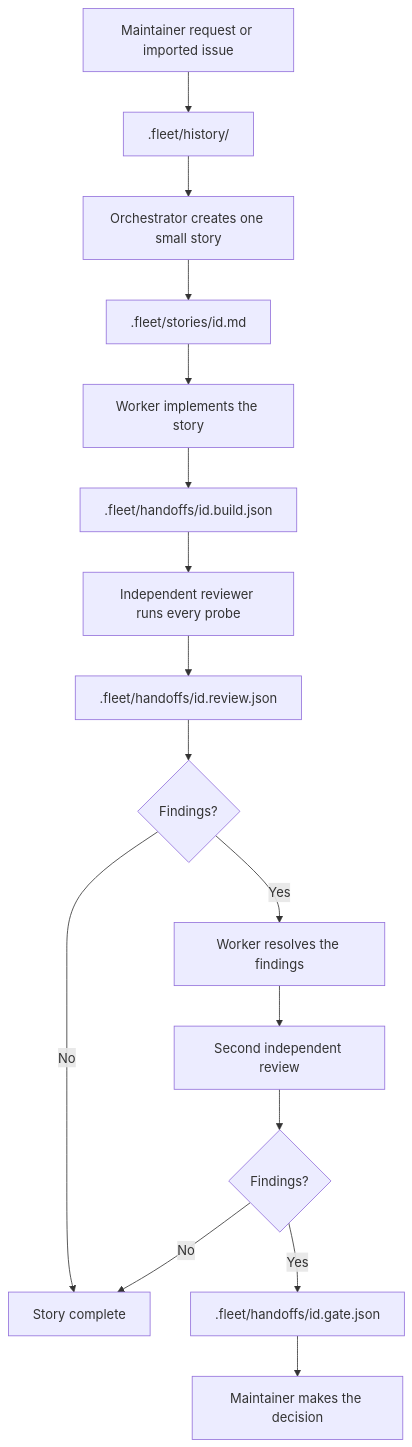
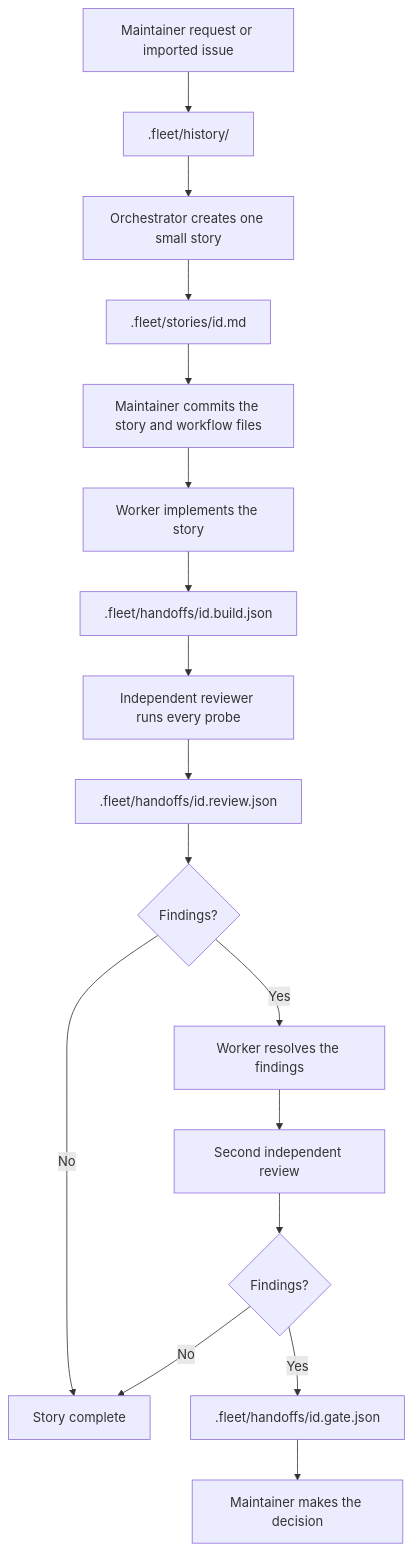
The diagram in CONTRIBUTING.md (emilioSp/my-weather-station), drawn with Mermaid before and after one commit.

````diff
--- a/CONTRIBUTING.md
+++ b/CONTRIBUTING.md
@@ -5,18 +5,19 @@
 ```mermaid
 flowchart TD
     request[Maintainer request or imported issue] --> history[.fleet/history/]
     history --> orchestrator[Orchestrator creates one small story]
     orchestrator --> story[.fleet/stories/id.md]
-    story --> worker[Worker implements the story]
+    story --> commit[Maintainer commits the story and workflow files]
+    commit --> worker[Worker implements the story]
     worker --> build[.fleet/handoffs/id.build.json]
     build --> reviewOne[Independent reviewer runs every probe]
     reviewOne --> reviewRecordOne[.fleet/handoffs/id.review.json]
     reviewRecordOne --> firstResult{Findings?}
     firstResult -->|No| complete[Story complete]
     firstResult -->|Yes| fix[Worker resolves the findings]
     fix --> reviewTwo[Second independent review]
     reviewTwo --> secondResult{Findings?}
     secondResult -->|No| complete
     secondResult -->|Yes| gate[.fleet/handoffs/id.gate.json]
     gate --> decision[Maintainer makes the decision]
 ```
````
